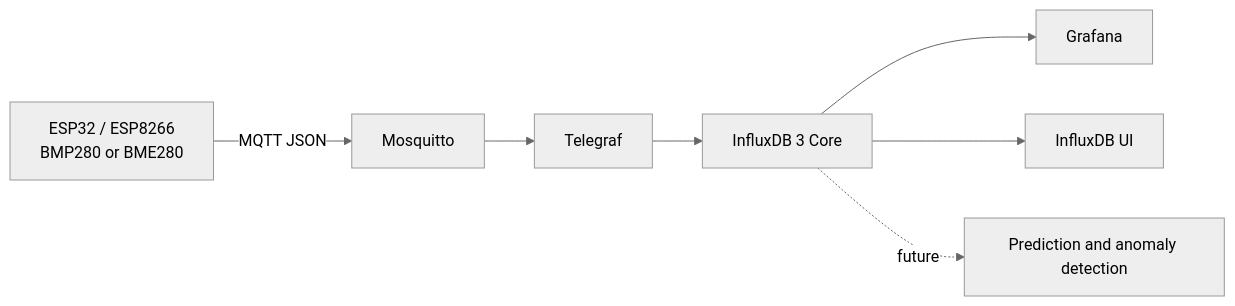
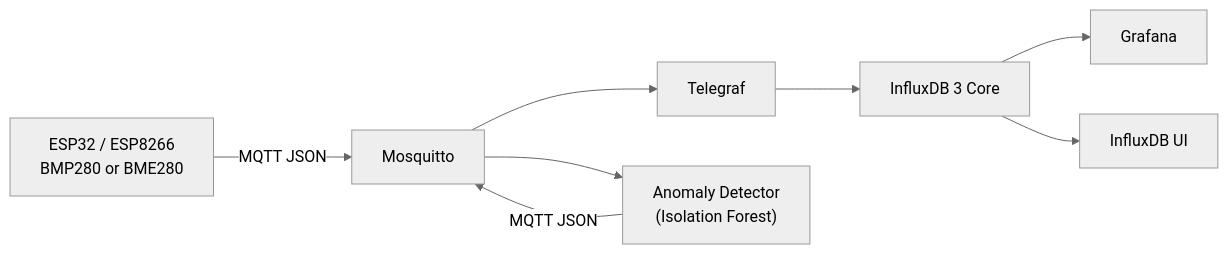
The diagram in README.md (hristijanpetreski/Atmospheric), drawn with Mermaid (neutral theme) before and after one commit. The commit also changed other lines of this file and 7 other files, not shown here.

Commit message:
Add Isolation Forest anomaly detection service and update stack configurations

````diff
--- a/README.md
+++ b/README.md
@@ -13,9 +13,10 @@
 ```mermaid
 graph LR
     A["ESP32 / ESP8266<br>BMP280 or BME280"] -->|MQTT JSON| B["Mosquitto"]
     B --> C["Telegraf"]
     C --> D["InfluxDB 3 Core"]
     D --> E["Grafana"]
     D --> F["InfluxDB UI"]
-    D -. future .-> G["Prediction and anomaly detection"]
+    B --> G["Anomaly Detector<br>(Isolation Forest)"]
+    G -->|MQTT JSON| B
 ```
````
